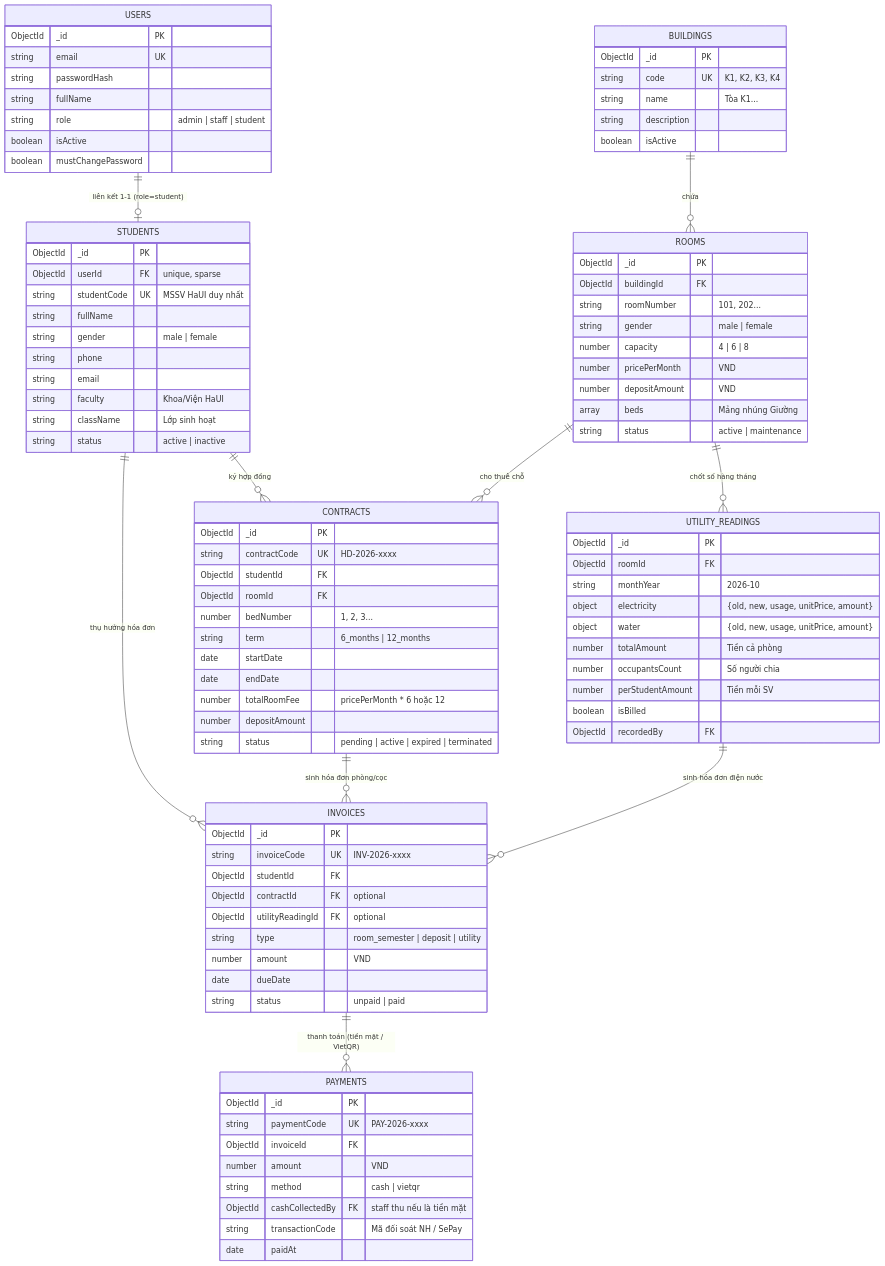
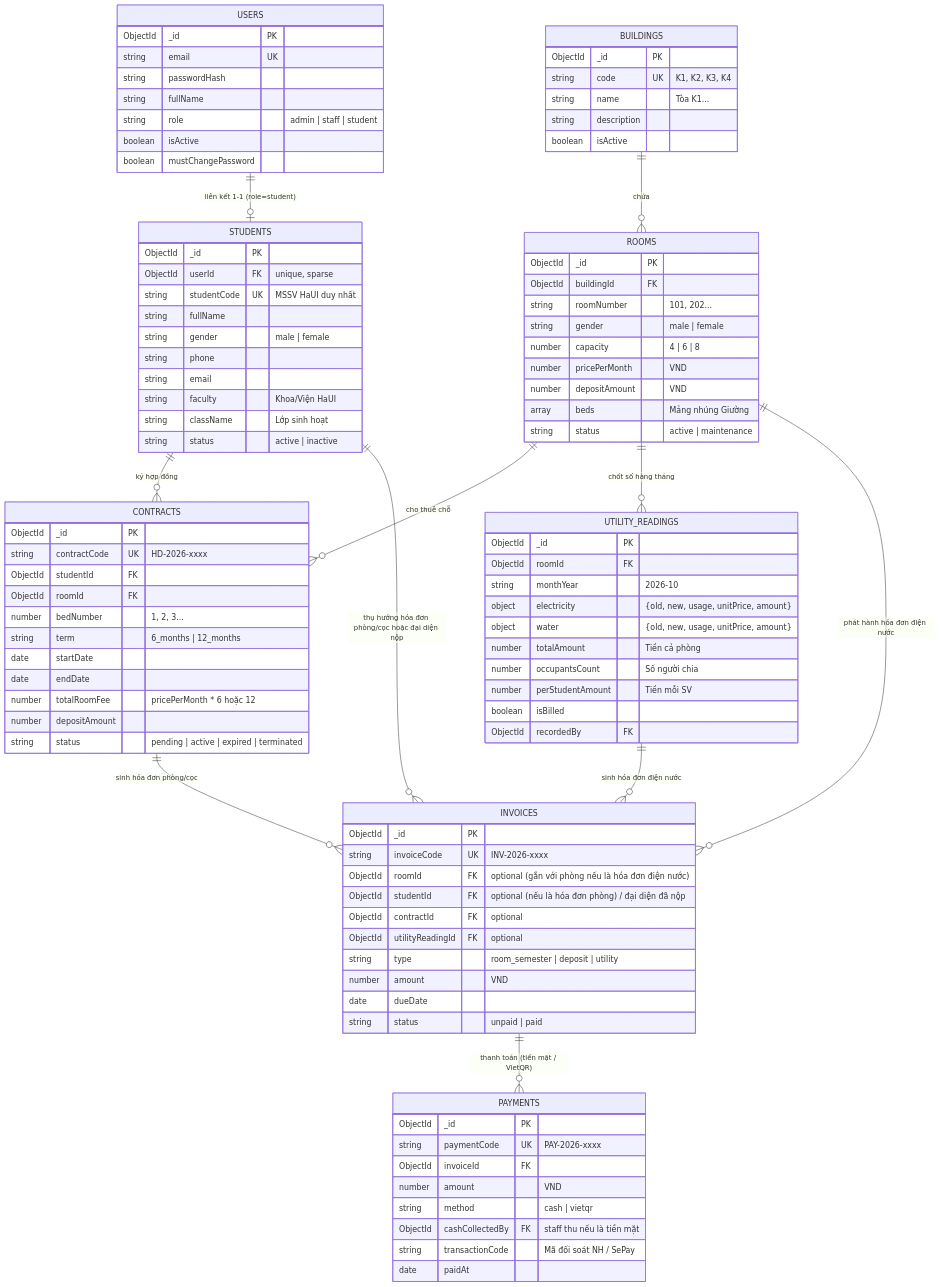
Before and after one commit to khanhvx2005/BE_QLKTX: the diagram in docs/EDIT_DOCS_DATA_SCHEMA.md, drawn with Mermaid. The commit also changed other lines of this file and 1 other file, not shown here.

```diff
--- a/docs/EDIT_DOCS_DATA_SCHEMA.md
+++ b/docs/EDIT_DOCS_DATA_SCHEMA.md
@@ -20,7 +20,8 @@
     STUDENTS ||--o{ CONTRACTS : "ký hợp đồng"
     ROOMS ||--o{ CONTRACTS : "cho thuê chỗ"
     ROOMS ||--o{ UTILITY_READINGS : "chốt số hàng tháng"
-    STUDENTS ||--o{ INVOICES : "thụ hưởng hóa đơn"
+    ROOMS ||--o{ INVOICES : "phát hành hóa đơn điện nước"
+    STUDENTS ||--o{ INVOICES : "thụ hưởng hóa đơn phòng/cọc hoặc đại diện nộp"
     CONTRACTS ||--o{ INVOICES : "sinh hóa đơn phòng/cọc"
     UTILITY_READINGS ||--o{ INVOICES : "sinh hóa đơn điện nước"
     INVOICES ||--o{ PAYMENTS : "thanh toán (tiền mặt / VietQR)"
@@ -98,7 +99,8 @@
     INVOICES {
         ObjectId _id PK
         string invoiceCode UK "INV-2026-xxxx"
-        ObjectId studentId FK
+        ObjectId roomId FK "optional (gắn với phòng nếu là hóa đơn điện nước)"
+        ObjectId studentId FK "optional (nếu là hóa đơn phòng) / đại diện đã nộp"
         ObjectId contractId FK "optional"
         ObjectId utilityReadingId FK "optional"
         string type "room_semester | deposit | utility"
```
